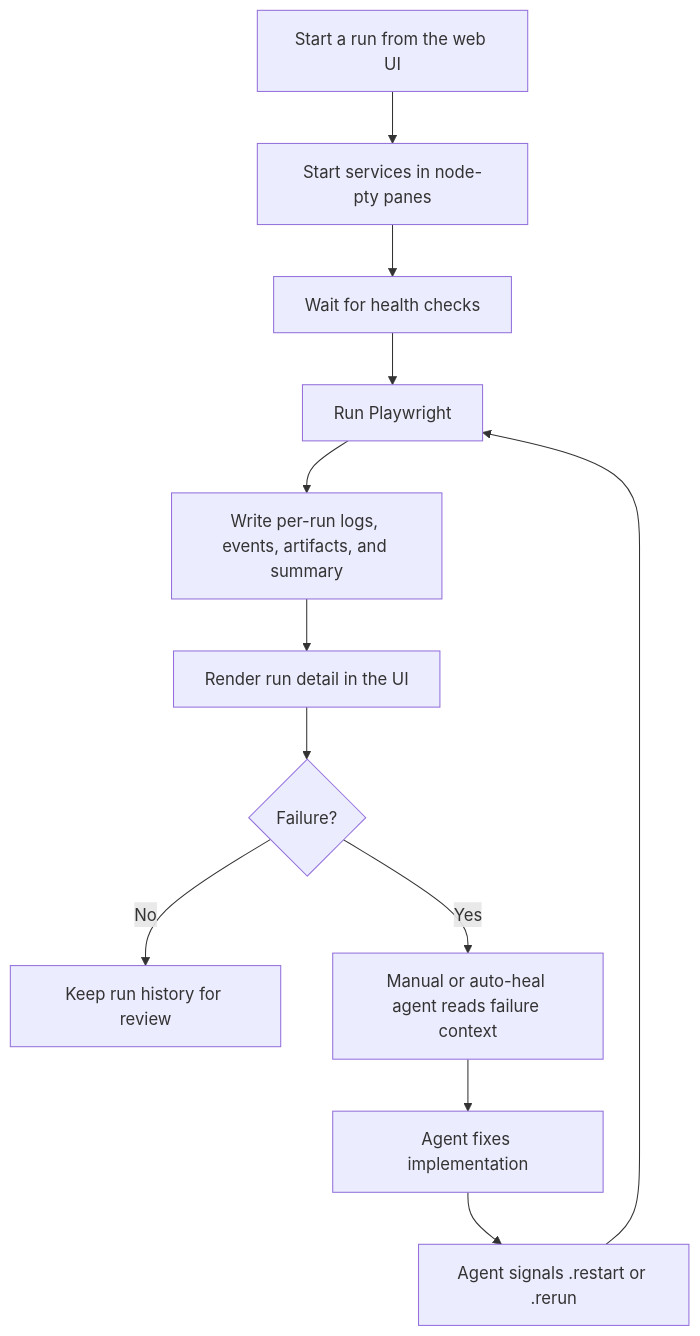
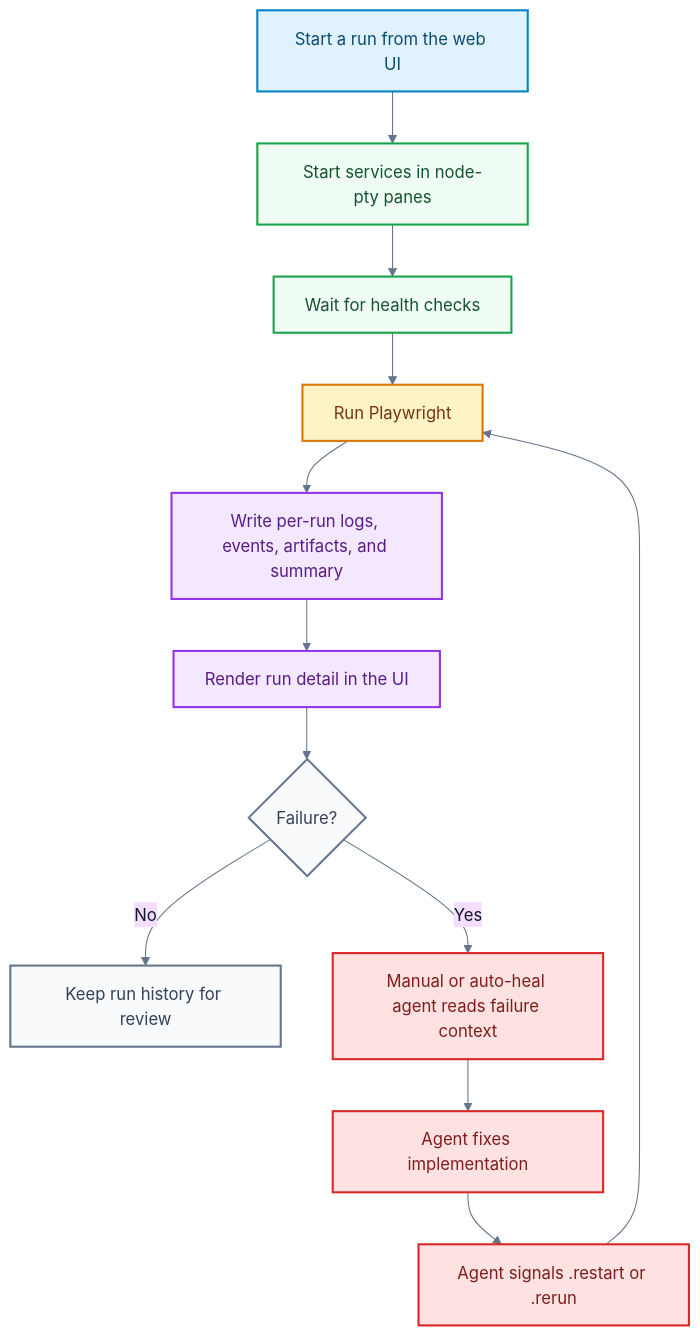
Before and after one commit to ferterahadi/canary-lab: the first of 2 diagrams in README.md, drawn with Mermaid. The commit also changed other lines of this file, not shown here.

````diff
--- a/README.md
+++ b/README.md
@@ -215,14 +172,29 @@
 ```mermaid
+%%{init: {"theme": "base", "themeVariables": {"fontFamily": "Inter, ui-sans-serif, system-ui, sans-serif", "primaryTextColor": "#0f172a", "lineColor": "#64748b"}}}%%
 flowchart TD
     A["Start a run from the web UI"] --> B["Start services in node-pty panes"]
     B --> C["Wait for health checks"]
     C --> D["Run Playwright"]
     D --> E["Write per-run logs, events, artifacts, and summary"]
     E --> F["Render run detail in the UI"]
     F --> G{"Failure?"}
     G -->|No| H["Keep run history for review"]
     G -->|Yes| I["Manual or auto-heal agent reads failure context"]
     I --> J["Agent fixes implementation"]
     J --> K["Agent signals .restart or .rerun"]
     K --> D
+
+    classDef entry fill:#e0f2fe,stroke:#0284c7,color:#0c4a6e,stroke-width:2px
+    classDef service fill:#f0fdf4,stroke:#16a34a,color:#14532d,stroke-width:2px
+    classDef test fill:#fef3c7,stroke:#d97706,color:#78350f,stroke-width:2px
+    classDef artifact fill:#f3e8ff,stroke:#9333ea,color:#581c87,stroke-width:2px
+    classDef heal fill:#fee2e2,stroke:#dc2626,color:#7f1d1d,stroke-width:2px
+    classDef done fill:#f8fafc,stroke:#64748b,color:#334155,stroke-width:2px
+
+    class A entry
+    class B,C service
+    class D test
+    class E,F artifact
+    class G,H done
+    class I,J,K heal
 ```
````
